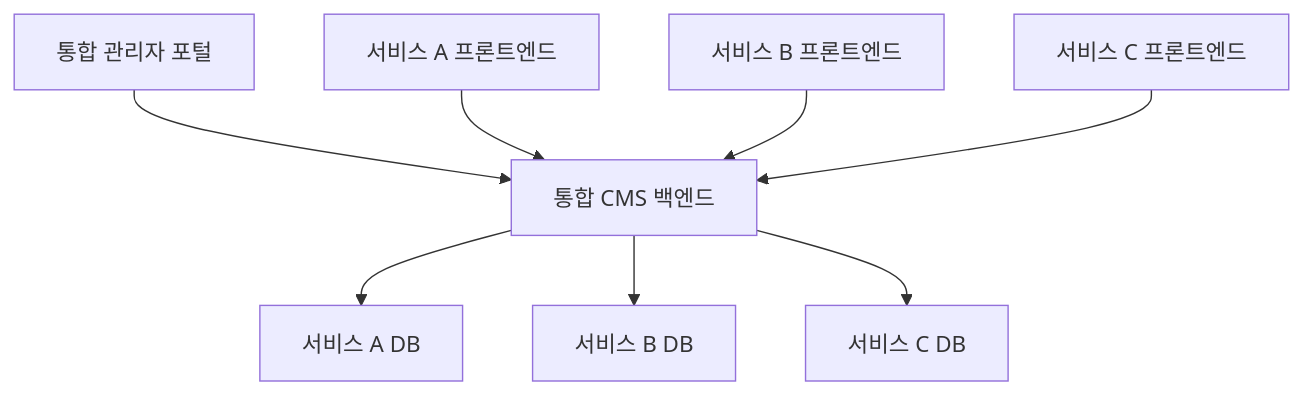
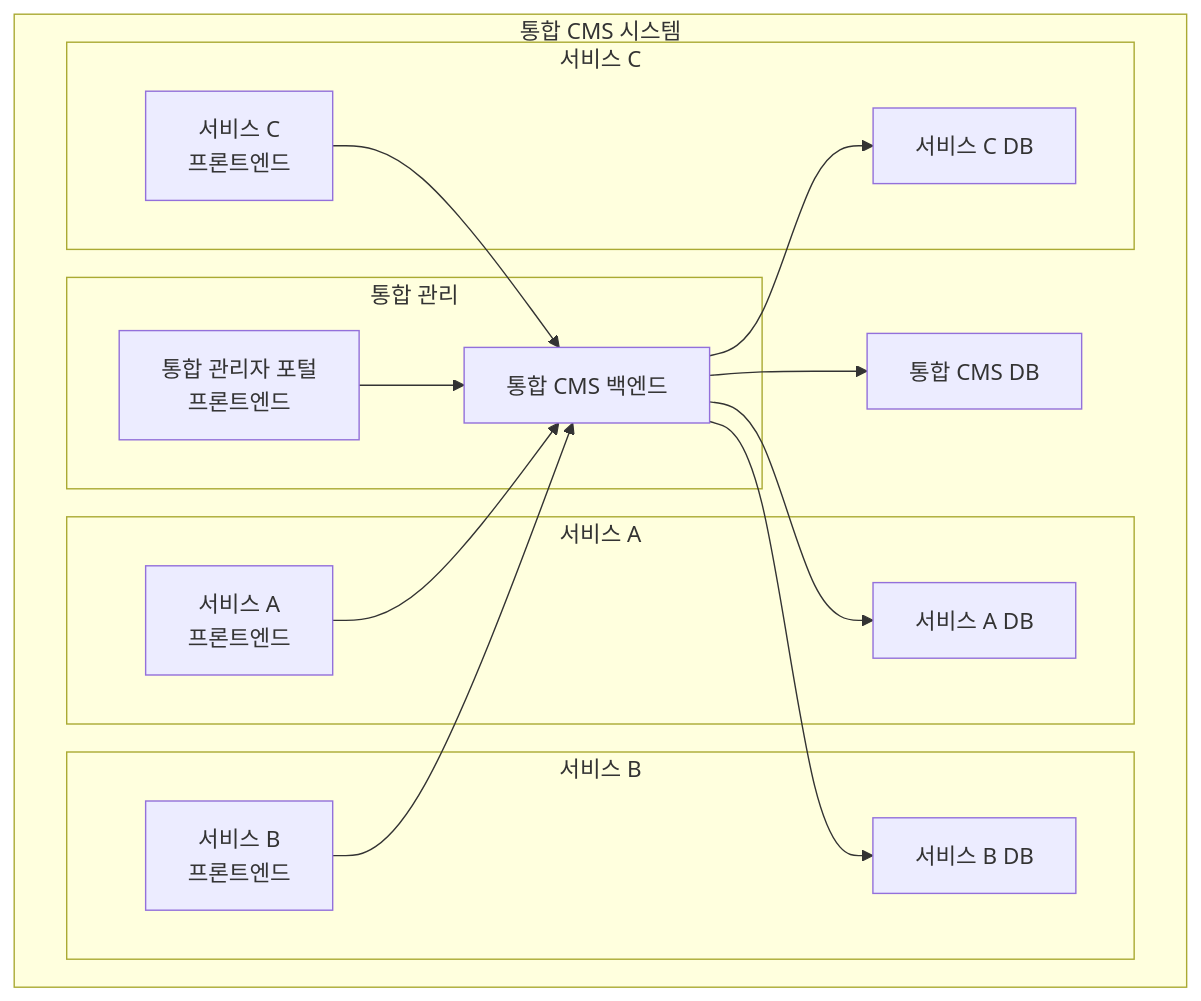
Before and after one commit to Russ481-k/integrated-cms: the diagram in .cursor/docs/v2/architecture.md, drawn with Mermaid. The commit also changed other lines of this file and 4 other files, not shown here.

Commit message:
[refactor] Enhance 통합 CMS v2 documentation by restructuring database architecture diagrams, clarifying database access roles, and detailing dynamic service routing mechanisms, improving overall clarity and usability for developers and administrators.

````diff
--- a/.cursor/docs/v2/architecture.md
+++ b/.cursor/docs/v2/architecture.md
@@ -16,10 +16,25 @@
 ```mermaid
 graph TD
-    A[통합 관리자 포털] --> B[통합 CMS 백엔드]
-    B --> C1[서비스 A DB]
-    B --> C2[서비스 B DB]
-    B --> C3[서비스 C DB]
-    D1[서비스 A 프론트엔드] --> B
-    D2[서비스 B 프론트엔드] --> B
-    D3[서비스 C 프론트엔드] --> B
+    subgraph "통합 CMS 시스템"
+        A[통합 CMS 백엔드] --> B[통합 CMS DB]
+        
+        subgraph "통합 관리"
+            C[통합 관리자 포털<br/>프론트엔드] --> A
+        end
+        
+        subgraph "서비스 A"
+            D1[서비스 A<br/>프론트엔드] --> A
+            A --> E1[서비스 A DB]
+        end
+        
+        subgraph "서비스 B"
+            D2[서비스 B<br/>프론트엔드] --> A
+            A --> E2[서비스 B DB]
+        end
+        
+        subgraph "서비스 C"
+            D3[서비스 C<br/>프론트엔드] --> A
+            A --> E3[서비스 C DB]
+        end
+    end
 ```
````
